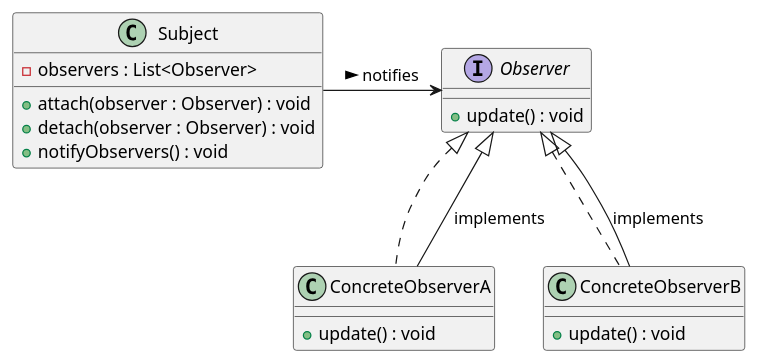
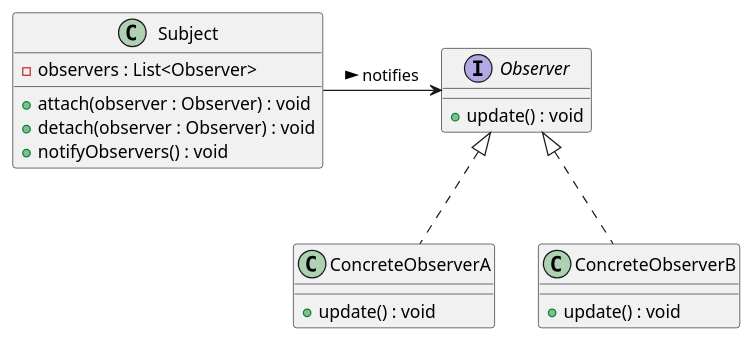
One commit to Gabriel-SoftwareAG/DesignPatterns changed the diagram in Patterns/Manuscript/manuscript/plantUml/observer_class_diagram.plantuml. Above: the diagram before and after it, drawn with PlantUML. The commit also changed 24 other files, not shown here.

Commit message:
fix class diagrams

```diff
--- a/Patterns/Manuscript/manuscript/plantUml/observer_class_diagram.plantuml
+++ b/Patterns/Manuscript/manuscript/plantUml/observer_class_diagram.plantuml
@@ -1,26 +1,24 @@
 @startuml ObserverPatternClassDiagram
 
 interface Observer {
   +update() : void
 }
 
 class ConcreteObserverA implements Observer {
   +update() : void
 }
 
 class ConcreteObserverB implements Observer {
   +update() : void
 }
 
 class Subject {
   -observers : List<Observer>
   +attach(observer : Observer) : void
   +detach(observer : Observer) : void
   +notifyObservers() : void
 }
 
 Subject -right-> Observer : notifies >
-Observer <|-down- ConcreteObserverA : implements
-Observer <|-down- ConcreteObserverB : implements
 
 @enduml
```
